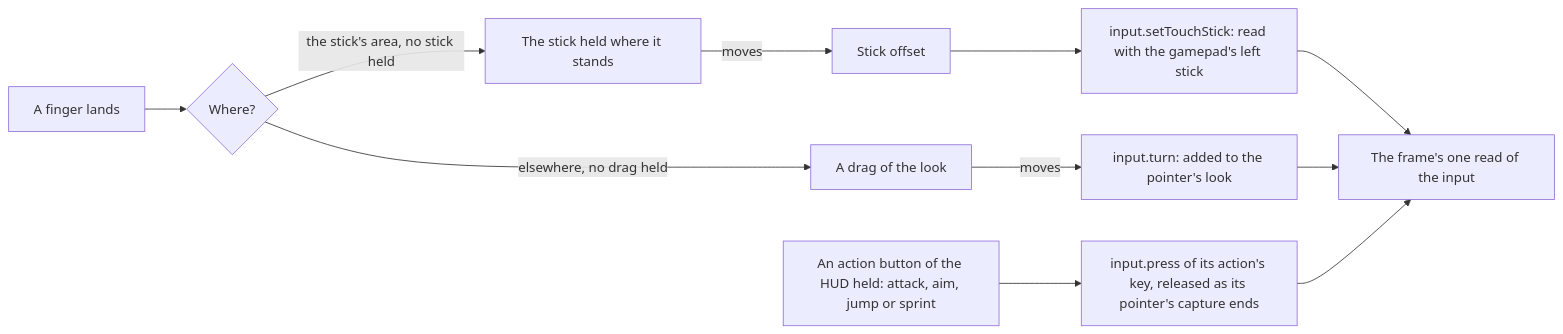
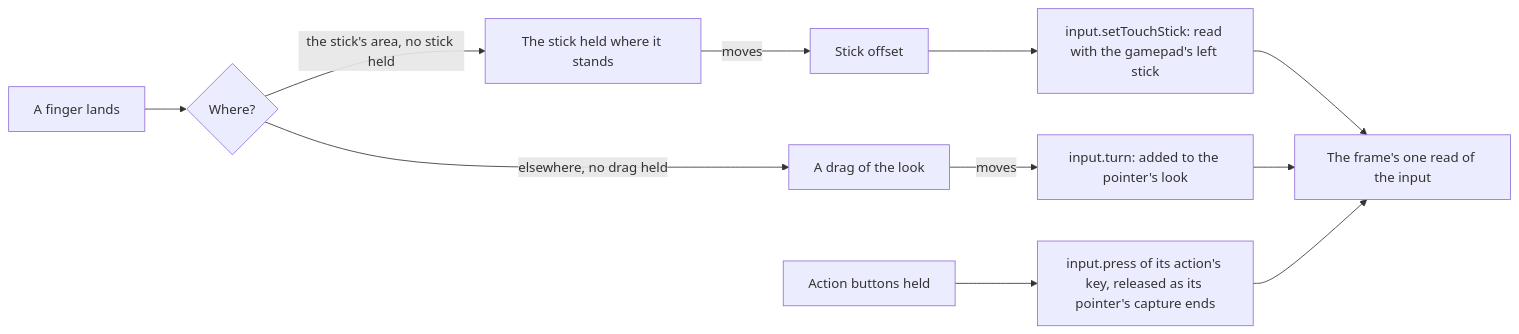
One commit to Esposter/Esposter changed the diagram in openspec/specs/genshin/touch-controls/design.md. Above: the diagram before and after it, drawn with Mermaid. The commit also changed other lines of this file and 10 other files, not shown here.

````diff
--- a/openspec/specs/genshin/touch-controls/design.md
+++ b/openspec/specs/genshin/touch-controls/design.md
@@ -7,13 +7,13 @@
 ```mermaid
 flowchart LR
   DOWN["A finger lands"] --> WHERE{"Where?"}
   WHERE -->|"the stick's area, no stick held"| STICK["The stick held where it stands"]
   WHERE -->|"elsewhere, no drag held"| DRAG["A drag of the look"]
   STICK -->|"moves"| AXES[Stick offset]
   AXES --> SET["input.setTouchStick: read with the gamepad's left stick"]
   DRAG -->|"moves"| TURN["input.turn: added to the pointer's look"]
-  JUMP["An action button of the HUD held: attack, aim, jump or sprint"] --> PRESS["input.press of its action's key, released as its pointer's capture ends"]
+  JUMP[Action buttons held] --> PRESS["input.press of its action's key, released as its pointer's capture ends"]
   SET --> READ["The frame's one read of the input"]
   TURN --> READ
   PRESS --> READ
 ```
````
